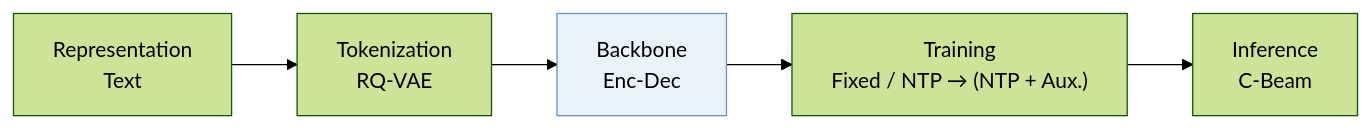
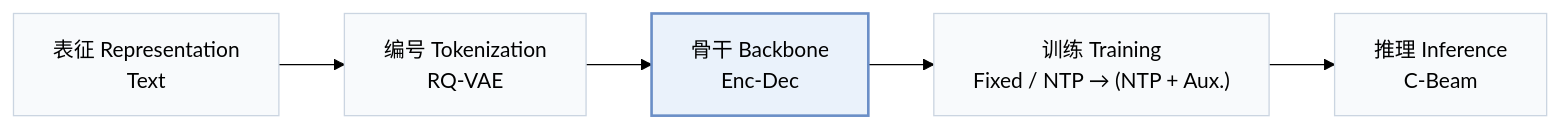
Before and after one commit to Galaxy-ghost/Awesome-SID-Generative-Rec: the first of 2 diagrams in pages/zh/papers/iba.md, drawn with Mermaid (forest theme). The commit also changed other lines of this file and 649 other files, not shown here.

Commit message:
writer-05: also tags and modality index (schema, check, build, visuals); summary field removed; calibration data for 12 papers

````diff
--- a/pages/zh/papers/iba.md
+++ b/pages/zh/papers/iba.md
@@ -13,6 +15,8 @@
 ```mermaid
 flowchart LR
-    R["Representation<br/>Text"] --> T["Tokenization<br/>RQ-VAE"] --> B["Backbone<br/>Enc-Dec"] --> TR["Training<br/>Fixed / NTP → (NTP + Aux.)"] --> I["Inference<br/>C-Beam"]
-    classDef main fill:#eaf2fb,stroke:#6b8fc7
+    R["表征 Representation<br/>Text"] --> T["编号 Tokenization<br/>RQ-VAE"] --> B["骨干 Backbone<br/>Enc-Dec"] --> TR["训练 Training<br/>Fixed / NTP → (NTP + Aux.)"] --> I["推理 Inference<br/>C-Beam"]
+    classDef base fill:#f8fafc,stroke:#cbd5e1
+    class R,T,B,TR,I base
+    classDef main fill:#eaf2fb,stroke:#6b8fc7,stroke-width:2px
     class B main
 ```
````
